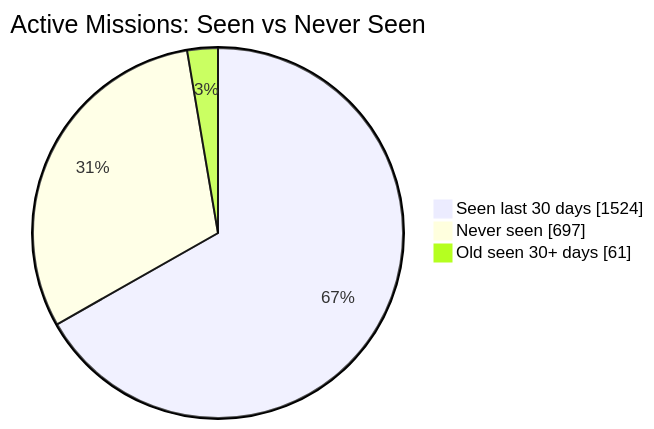
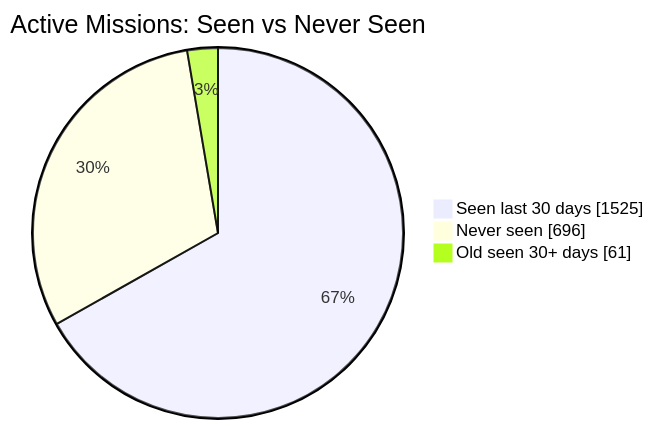
One commit to MeldkamerspelGameTeam/active-missions changed the first of 2 diagrams in README.md. Above: the diagram before and after it, drawn with Mermaid. The commit also changed other lines of this file and 2 other files, not shown here.

````diff
--- a/README.md
+++ b/README.md
@@ -34,7 +34,7 @@
 ```mermaid
 pie showData
     title Active Missions: Seen vs Never Seen
-    "Seen last 30 days" : 1524
-    "Never seen" : 697
+    "Seen last 30 days" : 1525
+    "Never seen" : 696
     "Old seen 30+ days" : 61
 ```
````
